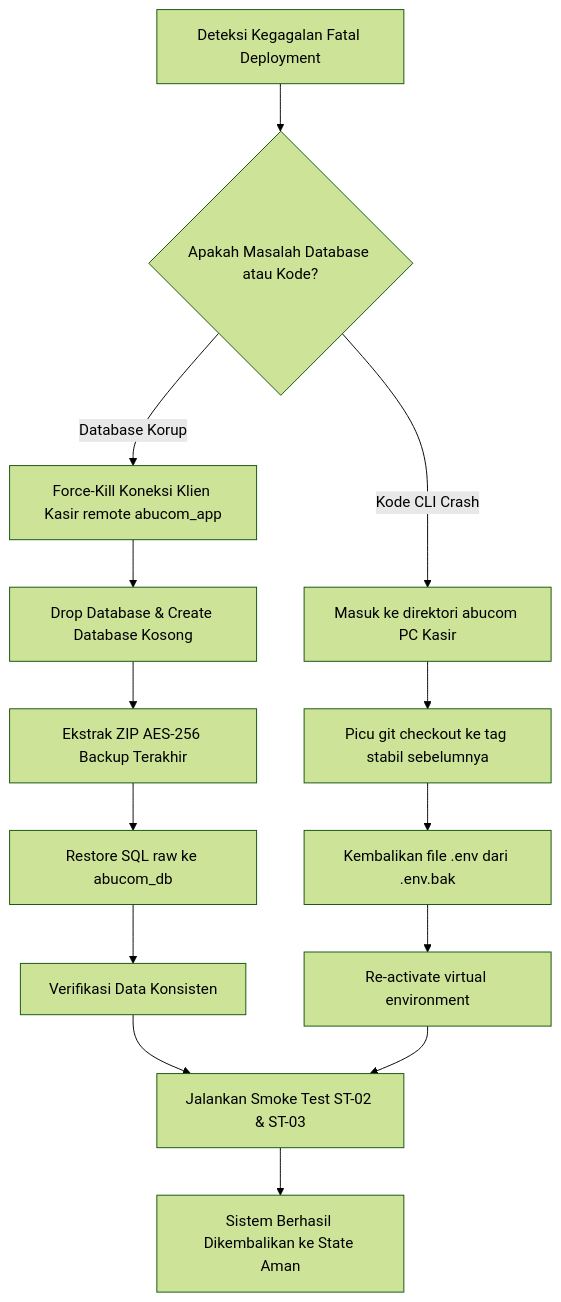
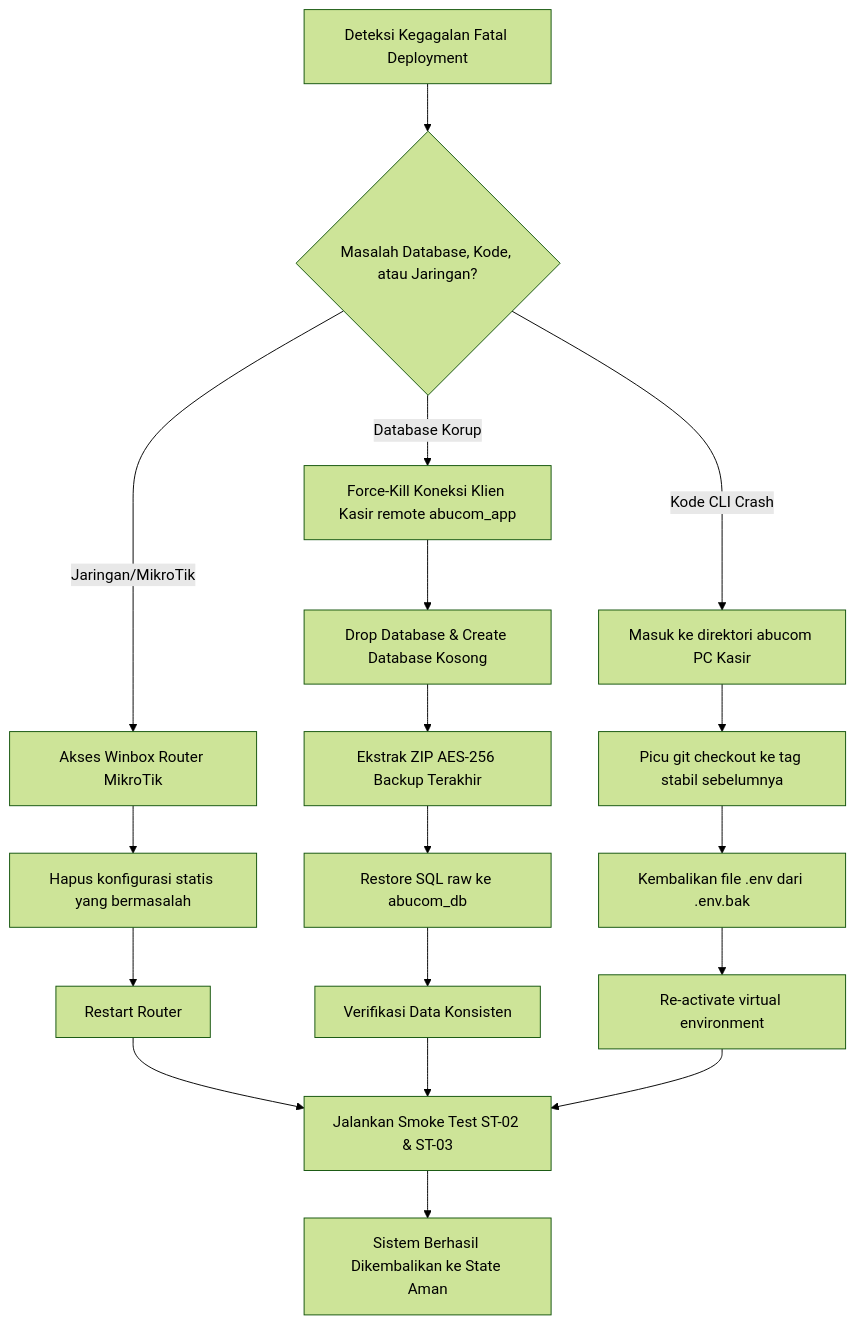
One commit to tigasatuu/abucom changed the second of 2 diagrams in docs/sdlc/06_deployment/01_deployment_guide.md. Above: the diagram before and after it, drawn with Mermaid (forest theme). The commit also changed other lines of this file and 1 other file, not shown here.

Commit message:
docs: implementasi issue validasi dokumen deployment guide

````diff
--- a/docs/sdlc/06_deployment/01_deployment_guide.md
+++ b/docs/sdlc/06_deployment/01_deployment_guide.md
@@ -754,21 +772,27 @@
 ```mermaid
 flowchart TD
-    A[Deteksi Kegagalan Fatal Deployment] --> B{Apakah Masalah Database atau Kode?}
+    A[Deteksi Kegagalan Fatal Deployment] --> B{Masalah Database, Kode, atau Jaringan?}
+    
+    %% Alur Rollback Jaringan
+    B -->|Jaringan/MikroTik| N[Akses Winbox Router MikroTik]
+    N --> O[Hapus konfigurasi statis yang bermasalah]
+    O --> P[Restart Router]
+    P --> L
     
     %% Alur Rollback DB
     B -->|Database Korup| C[Force-Kill Koneksi Klien Kasir remote abucom_app]
     C --> D[Drop Database & Create Database Kosong]
     D --> E[Ekstrak ZIP AES-256 Backup Terakhir]
     E --> F[Restore SQL raw ke abucom_db]
     F --> G[Verifikasi Data Konsisten]
     
     %% Alur Rollback Kode
     B -->|Kode CLI Crash| H[Masuk ke direktori abucom PC Kasir]
     H --> I[Picu git checkout ke tag stabil sebelumnya]
     I --> J[Kembalikan file .env dari .env.bak]
     J --> K[Re-activate virtual environment]
     
     G --> L[Jalankan Smoke Test ST-02 & ST-03]
     K --> L
     L --> M[Sistem Berhasil Dikembalikan ke State Aman]
 ```
````
